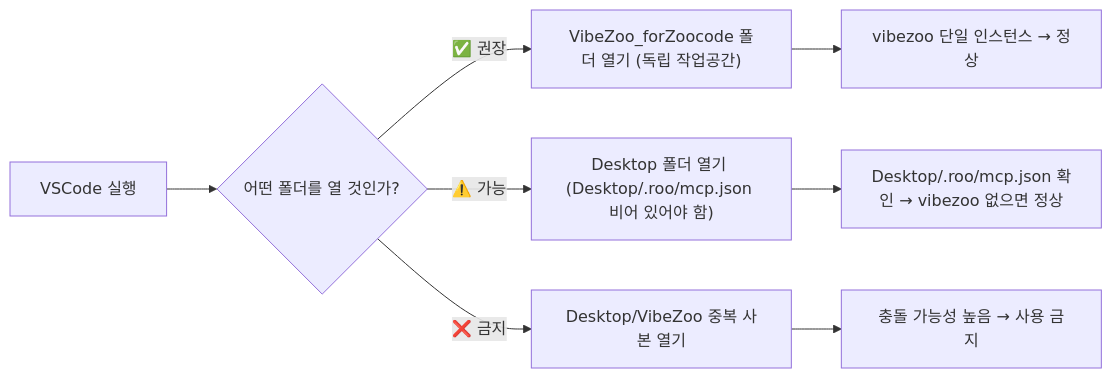
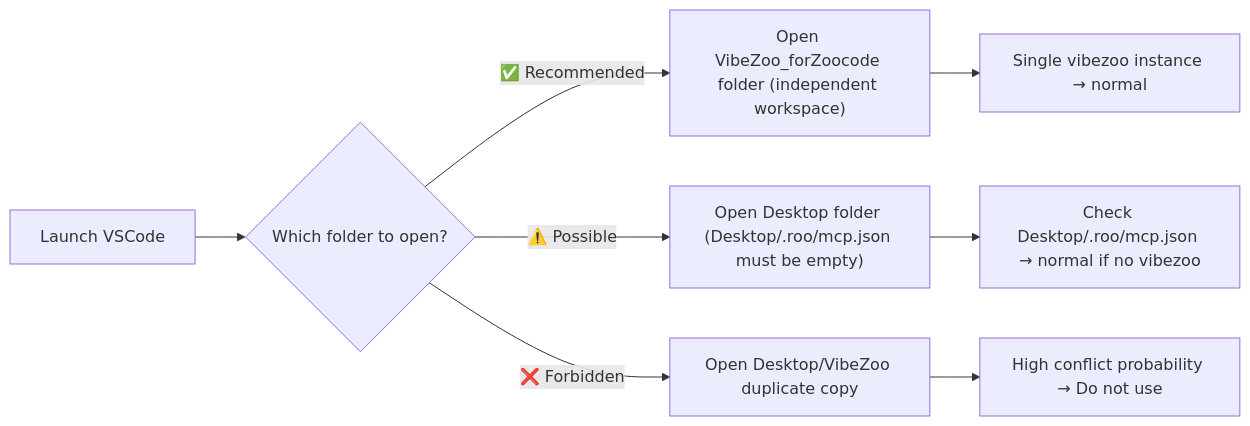
The second of 2 diagrams in plans/mcp-config-redesign.md (myk1yt/VibeZoo), drawn with Mermaid before and after one commit. The commit also changed other lines of this file and 6 other files, not shown here.

````diff
--- a/plans/mcp-config-redesign.md
+++ b/plans/mcp-config-redesign.md
@@ -210,10 +210,10 @@
 ```mermaid
 graph LR
-    A[VSCode 실행] --> B{어떤 폴더를 열 것인가?}
-    B -->|"✅ 권장"| C["VibeZoo_forZoocode 폴더 열기 (독립 작업공간)"]
-    B -->|"⚠️ 가능"| D["Desktop 폴더 열기 (Desktop/.roo/mcp.json 비어 있어야 함)"]
-    B -->|"❌ 금지"| E["Desktop/VibeZoo 중복 사본 열기"]
-    C --> F["vibezoo 단일 인스턴스 → 정상"]
-    D --> G["Desktop/.roo/mcp.json 확인 → vibezoo 없으면 정상"]
-    E --> H["충돌 가능성 높음 → 사용 금지"]
+    A[Launch VSCode] --> B{Which folder to open?}
+    B -->|"✅ Recommended"| C["Open VibeZoo_forZoocode folder (independent workspace)"]
+    B -->|"⚠️ Possible"| D["Open Desktop folder (Desktop/.roo/mcp.json must be empty)"]
+    B -->|"❌ Forbidden"| E["Open Desktop/VibeZoo duplicate copy"]
+    C --> F["Single vibezoo instance → normal"]
+    D --> G["Check Desktop/.roo/mcp.json → normal if no vibezoo"]
+    E --> H["High conflict probability → Do not use"]
 ```
````
